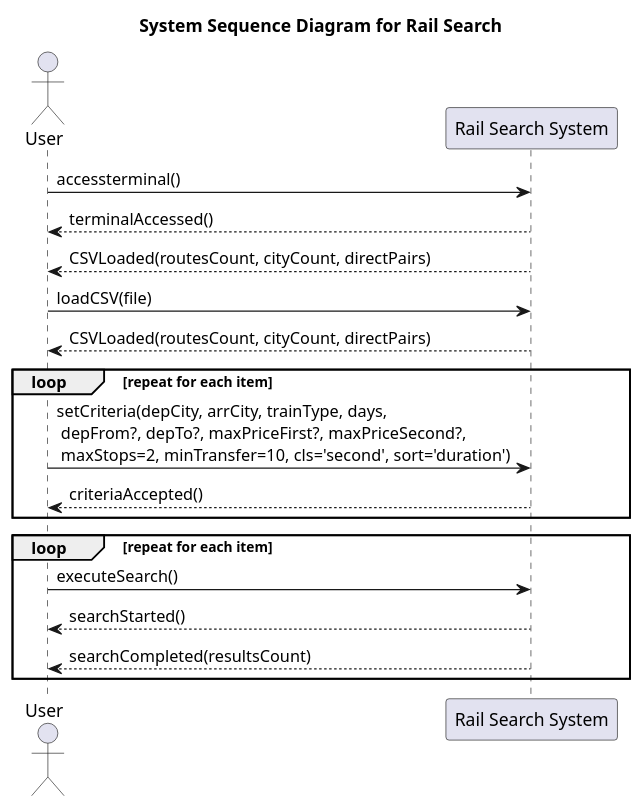
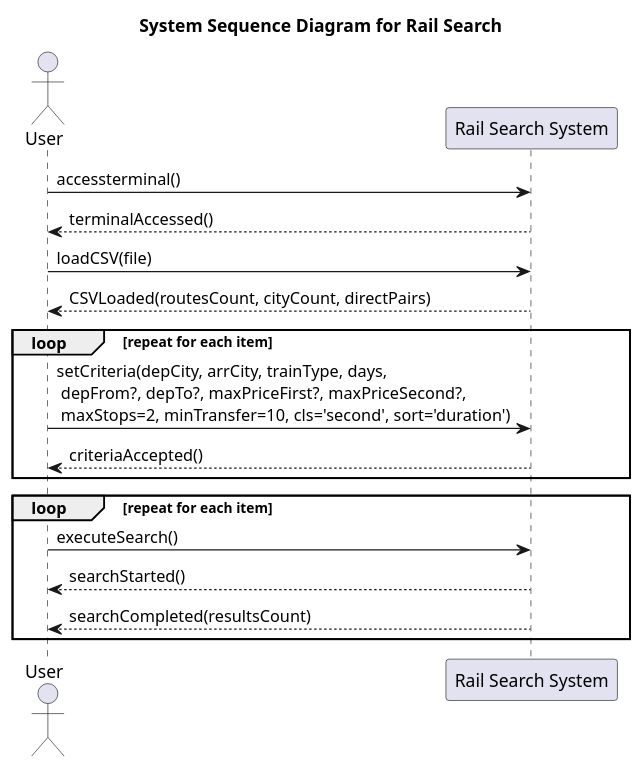
Before and after one commit to nicolas-zampieri/SOEN342: the diagram in Phase1/docs/PlantUMLCode/systemSequence.puml, drawn with PlantUML.

Commit message:
Mistake on sequence

```diff
--- a/Phase1/docs/PlantUMLCode/systemSequence.puml
+++ b/Phase1/docs/PlantUMLCode/systemSequence.puml
@@ -1,26 +1,25 @@
 @startuml sequence
 title System Sequence Diagram for Rail Search
 
 actor User as U
 participant "Rail Search System" as System
 
 U -> System : accessterminal()
 System --> U : terminalAccessed()
-System --> U : CSVLoaded(routesCount, cityCount, directPairs)
 U -> System : loadCSV(file)
 System --> U : CSVLoaded(routesCount, cityCount, directPairs)
 
 loop repeat for each item
     U -> System : setCriteria(depCity, arrCity, trainType, days,\n depFrom?, depTo?, maxPriceFirst?, maxPriceSecond?,\n maxStops=2, minTransfer=10, cls='second', sort='duration')
     System --> U : criteriaAccepted()
 end
 
 loop repeat for each item
     U -> System : executeSearch()
     System --> U : searchStarted()
     System --> U : searchCompleted(resultsCount)
 end
 
 
 
 @enduml
```
